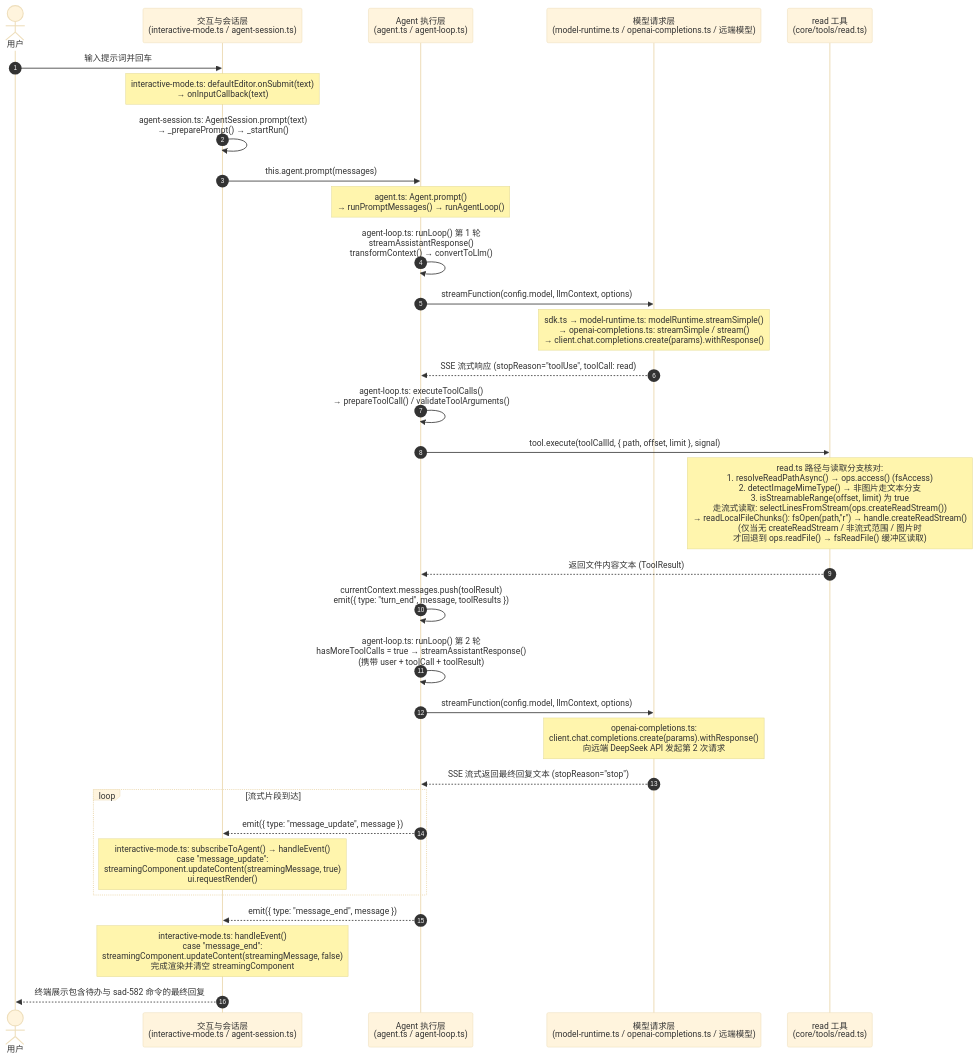
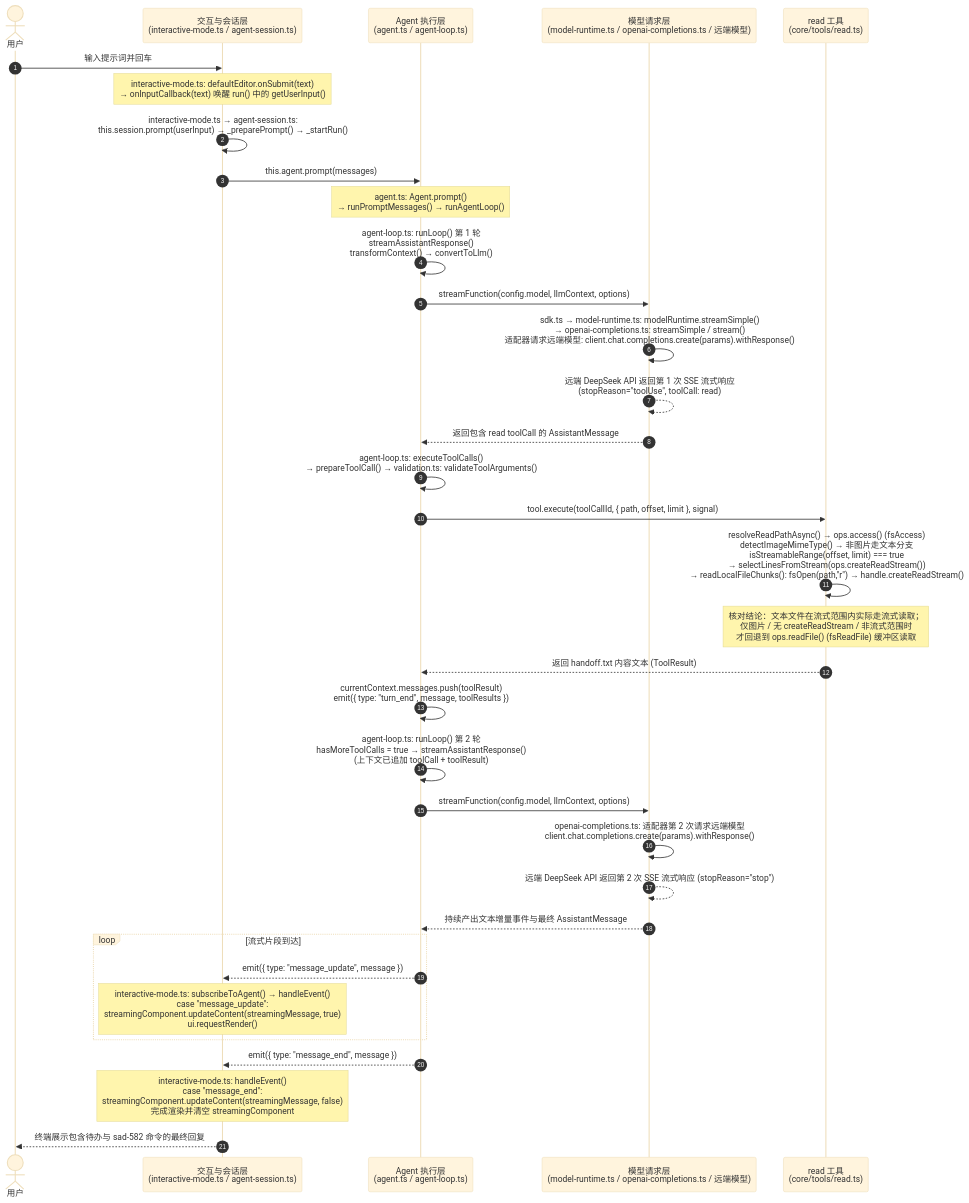
Before and after one commit to yun12345R/my-docs: the first of 2 diagrams in practice/05pi-agent/practive-05.md, drawn with Mermaid (base theme). The commit also changed other lines of this file, not shown here.

Commit message:
docs: refine Diagram 1 adapter/fs self-calls and validation details

````diff
--- a/practice/05pi-agent/practive-05.md
+++ b/practice/05pi-agent/practive-05.md
@@ -38,43 +38,46 @@
 ```mermaid
 sequenceDiagram
     autonumber
     actor User as 用户
     participant UI as 交互与会话层<br/>(interactive-mode.ts / agent-session.ts)
     participant Agent as Agent 执行层<br/>(agent.ts / agent-loop.ts)
     participant LLM as 模型请求层<br/>(model-runtime.ts / openai-completions.ts / 远端模型)
     participant ReadTool as read 工具<br/>(core/tools/read.ts)
 
     User->>UI: 输入提示词并回车
-    Note over UI: interactive-mode.ts: defaultEditor.onSubmit(text)<br/>→ onInputCallback(text)
-    UI->>UI: agent-session.ts: AgentSession.prompt(text)<br/>→ _preparePrompt() → _startRun()
+    Note over UI: interactive-mode.ts: defaultEditor.onSubmit(text)<br/>→ onInputCallback(text) 唤醒 run() 中的 getUserInput()
+    UI->>UI: interactive-mode.ts → agent-session.ts:<br/>this.session.prompt(userInput) → _preparePrompt() → _startRun()
     UI->>Agent: this.agent.prompt(messages)
 
     Note over Agent: agent.ts: Agent.prompt()<br/>→ runPromptMessages() → runAgentLoop()
     Agent->>Agent: agent-loop.ts: runLoop() 第 1 轮<br/>streamAssistantResponse()<br/>transformContext() → convertToLlm()
 
     Agent->>LLM: streamFunction(config.model, llmContext, options)
-    Note over LLM: sdk.ts → model-runtime.ts: modelRuntime.streamSimple()<br/>→ openai-completions.ts: streamSimple / stream()<br/>→ client.chat.completions.create(params).withResponse()
-    LLM-->>Agent: SSE 流式响应 (stopReason="toolUse", toolCall: read)
+    LLM->>LLM: sdk.ts → model-runtime.ts: modelRuntime.streamSimple()<br/>→ openai-completions.ts: streamSimple / stream()<br/>适配器请求远端模型: client.chat.completions.create(params).withResponse()
+    LLM-->>LLM: 远端 DeepSeek API 返回第 1 次 SSE 流式响应<br/>(stopReason="toolUse", toolCall: read)
+    LLM-->>Agent: 返回包含 read toolCall 的 AssistantMessage
 
-    Agent->>Agent: agent-loop.ts: executeToolCalls()<br/>→ prepareToolCall() / validateToolArguments()
+    Agent->>Agent: agent-loop.ts: executeToolCalls()<br/>→ prepareToolCall() → validation.ts: validateToolArguments()
     Agent->>ReadTool: tool.execute(toolCallId, { path, offset, limit }, signal)
 
-    Note over ReadTool: read.ts 路径与读取分支核对:<br/>1. resolveReadPathAsync() → ops.access() (fsAccess)<br/>2. detectImageMimeType() → 非图片走文本分支<br/>3. isStreamableRange(offset, limit) 为 true<br/>   走流式读取: selectLinesFromStream(ops.createReadStream())<br/>   → readLocalFileChunks(): fsOpen(path,"r") → handle.createReadStream()<br/>   (仅当无 createReadStream / 非流式范围 / 图片时<br/>   才回退到 ops.readFile() → fsReadFile() 缓冲区读取)
+    ReadTool->>ReadTool: resolveReadPathAsync() → ops.access() (fsAccess)<br/>detectImageMimeType() → 非图片走文本分支<br/>isStreamableRange(offset, limit) === true<br/>→ selectLinesFromStream(ops.createReadStream())<br/>→ readLocalFileChunks(): fsOpen(path,"r") → handle.createReadStream()
+    Note over ReadTool: 核对结论：文本文件在流式范围内实际走流式读取；<br/>仅图片 / 无 createReadStream / 非流式范围时<br/>才回退到 ops.readFile() (fsReadFile) 缓冲区读取
 
-    ReadTool-->>Agent: 返回文件内容文本 (ToolResult)
+    ReadTool-->>Agent: 返回 handoff.txt 内容文本 (ToolResult)
     Agent->>Agent: currentContext.messages.push(toolResult)<br/>emit({ type: "turn_end", message, toolResults })
 
-    Agent->>Agent: agent-loop.ts: runLoop() 第 2 轮<br/>hasMoreToolCalls = true → streamAssistantResponse()<br/>(携带 user + toolCall + toolResult)
+    Agent->>Agent: agent-loop.ts: runLoop() 第 2 轮<br/>hasMoreToolCalls = true → streamAssistantResponse()<br/>(上下文已追加 toolCall + toolResult)
     Agent->>LLM: streamFunction(config.model, llmContext, options)
-    Note over LLM: openai-completions.ts:<br/>client.chat.completions.create(params).withResponse()<br/>向远端 DeepSeek API 发起第 2 次请求
-    LLM-->>Agent: SSE 流式返回最终回复文本 (stopReason="stop")
+    LLM->>LLM: openai-completions.ts: 适配器第 2 次请求远端模型<br/>client.chat.completions.create(params).withResponse()
+    LLM-->>LLM: 远端 DeepSeek API 返回第 2 次 SSE 流式响应 (stopReason="stop")
+    LLM-->>Agent: 持续产出文本增量事件与最终 AssistantMessage
 
     loop 流式片段到达
         Agent-->>UI: emit({ type: "message_update", message })
         Note over UI: interactive-mode.ts: subscribeToAgent() → handleEvent()<br/>case "message_update":<br/>streamingComponent.updateContent(streamingMessage, true)<br/>ui.requestRender()
     end
 
     Agent-->>UI: emit({ type: "message_end", message })
     Note over UI: interactive-mode.ts: handleEvent()<br/>case "message_end":<br/>streamingComponent.updateContent(streamingMessage, false)<br/>完成渲染并清空 streamingComponent
     UI-->>User: 终端展示包含待办与 sad-582 命令的最终回复
 ```
````
